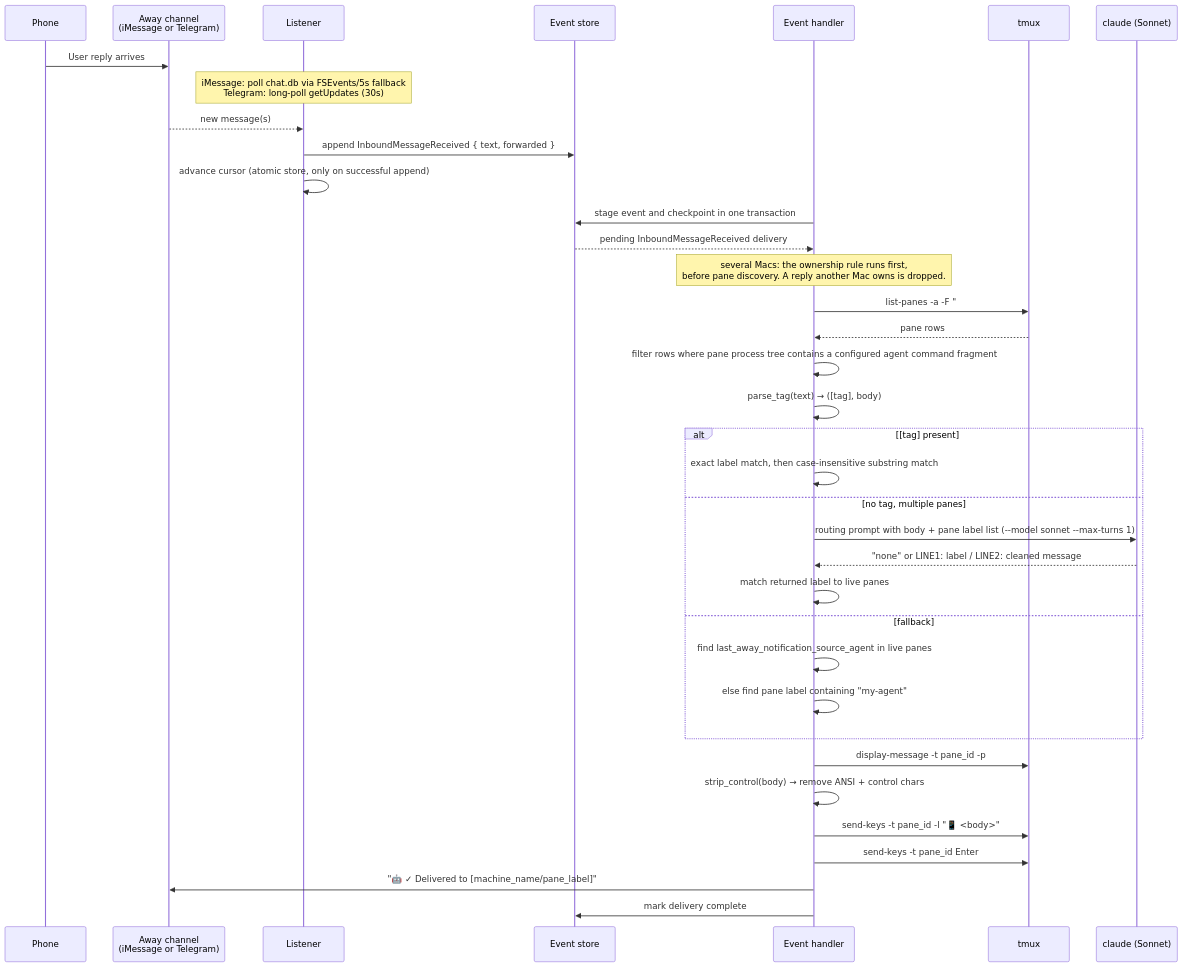
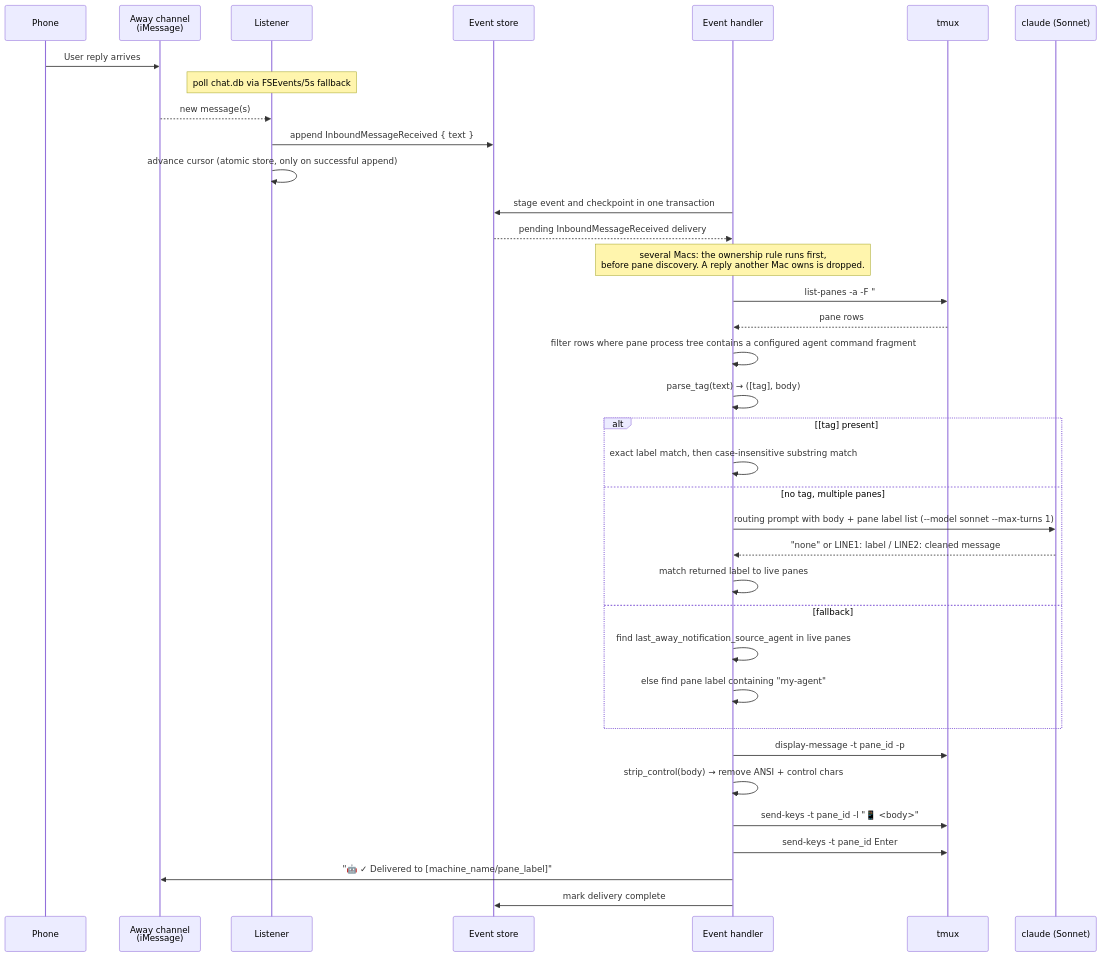
The diagram in docs/references/inbound-message-routing/README.md (kahgeh/harold), drawn with Mermaid before and after one commit. The commit also changed other lines of this file and 17 other files, not shown here.

````diff
--- a/docs/references/inbound-message-routing/README.md
+++ b/docs/references/inbound-message-routing/README.md
@@ -265,44 +198,44 @@
 ```mermaid
 sequenceDiagram
     participant Phone
-    participant Channel as Away channel<br/>(iMessage or Telegram)
+    participant Channel as Away channel<br/>(iMessage)
     participant Listener
     participant Store as Event store
     participant Handler as Event handler
     participant Tmux as tmux
     participant AiCli as claude (Sonnet)
 
     Phone->>Channel: User reply arrives
-    note over Listener: iMessage: poll chat.db via FSEvents/5s fallback<br/>Telegram: long-poll getUpdates (30s)
+    note over Listener: poll chat.db via FSEvents/5s fallback
     Channel-->>Listener: new message(s)
-    Listener->>Store: append InboundMessageReceived { text, forwarded }
+    Listener->>Store: append InboundMessageReceived { text }
     Listener->>Listener: advance cursor (atomic store, only on successful append)
 
     Handler->>Store: stage event and checkpoint in one transaction
     Store-->>Handler: pending InboundMessageReceived delivery
 
     note over Handler: several Macs: the ownership rule runs first,<br/>before pane discovery. A reply another Mac owns is dropped.
     Handler->>Tmux: list-panes -a -F "#{pane_id}|#{session_name}:#{window_index}.#{pane_index}|#{pane_pid}"
     Tmux-->>Handler: pane rows
     Handler->>Handler: filter rows where pane process tree contains a configured agent command fragment
 
     Handler->>Handler: parse_tag(text) → ([tag], body)
 
     alt [tag] present
         Handler->>Handler: exact label match, then case-insensitive substring match
     else no tag, multiple panes
         Handler->>AiCli: routing prompt with body + pane label list (--model sonnet --max-turns 1)
         AiCli-->>Handler: "none" or LINE1: label / LINE2: cleaned message
         Handler->>Handler: match returned label to live panes
     else fallback
         Handler->>Handler: find last_away_notification_source_agent in live panes
         Handler->>Handler: else find pane label containing "my-agent"
     end
 
     Handler->>Tmux: display-message -t pane_id -p #{pane_pid} → process-tree liveness check
     Handler->>Handler: strip_control(body) → remove ANSI + control chars
     Handler->>Tmux: send-keys -t pane_id -l "📱 <body>"
     Handler->>Tmux: send-keys -t pane_id Enter
     Handler->>Channel: "🤖 ✓ Delivered to [machine_name/pane_label]"
     Handler->>Store: mark delivery complete
 ```
````
